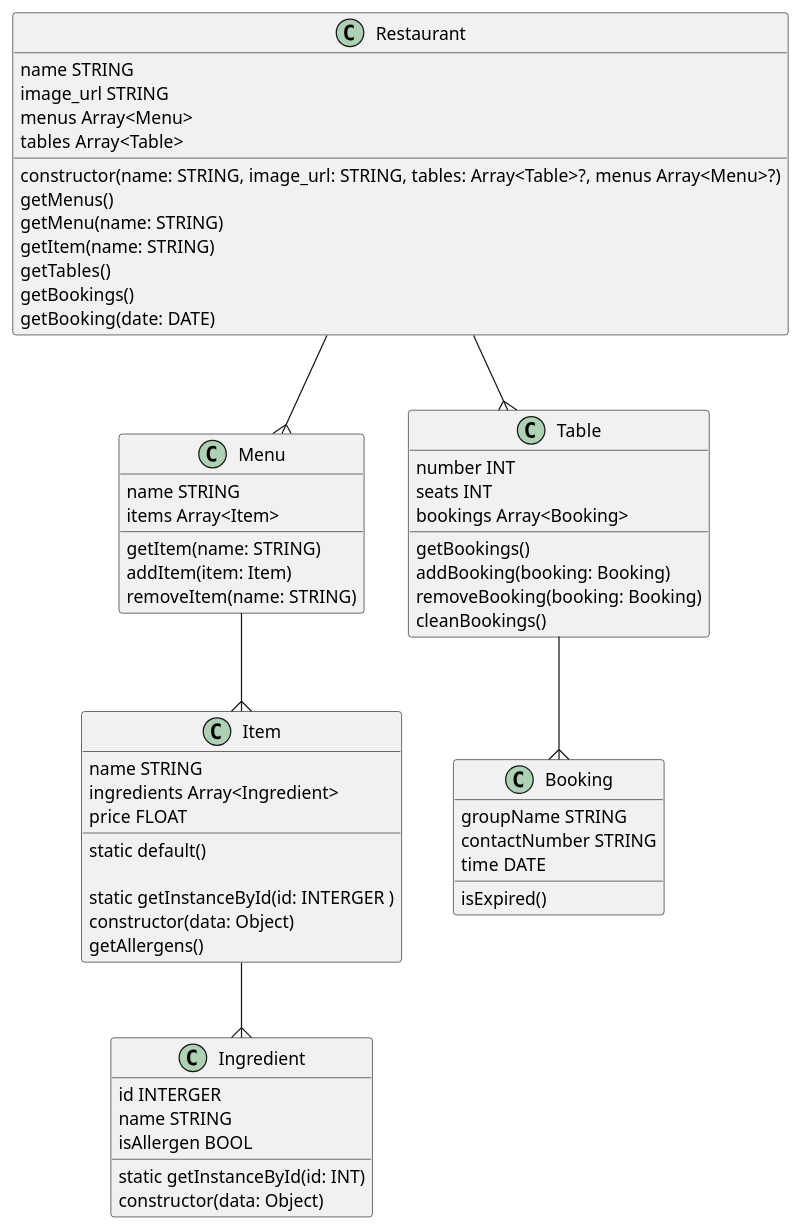
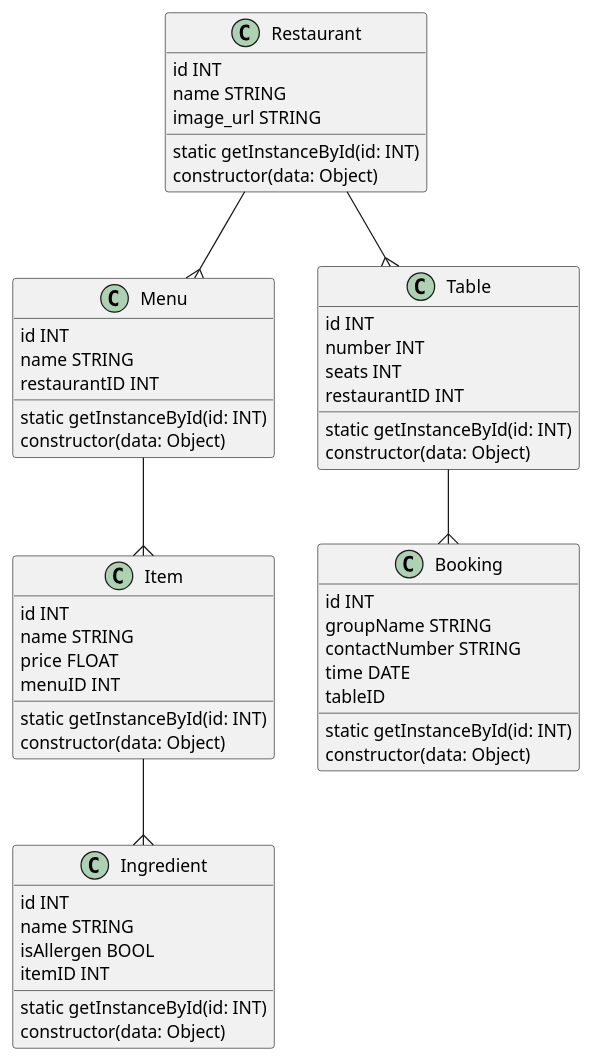
Before and after one commit to michael-bailey/js-restaurant: the diagram in docs/models/restaurant.plantuml, drawn with PlantUML.

Commit message:
updated diagrams to relect changes

```diff
--- a/docs/models/restaurant.plantuml
+++ b/docs/models/restaurant.plantuml
@@ -1,79 +1,74 @@
 @startuml Restaurant
 
 ' notes
 ' note top of Restaurant : This is the main class of the module
 ' note left of Table : This Represents a sing table in the Restaurant 
 
 class Restaurant {
+    id INT
     name STRING
     image_url STRING
-    menus Array<Menu>
-    tables Array<Table>
 
-    constructor(name: STRING, image_url: STRING, tables: Array<Table>?, menus Array<Menu>?)
-    getMenus()
-    getMenu(name: STRING)
-    getItem(name: STRING)
-    getTables()
-    getBookings()
-    getBooking(date: DATE)
+    static getInstanceById(id: INT)
+    constructor(data: Object)
 }
 
 class Menu {
+    id INT
     name STRING
-    items Array<Item>
+    restaurantID INT
 
-    getItem(name: STRING)
-    addItem(item: Item)
-    removeItem(name: STRING)
+    static getInstanceById(id: INT)
+    constructor(data: Object)
 }
 
 class Item {
+    id INT
     name STRING
-    ingredients Array<Ingredient>
     price FLOAT
+    menuID INT
 
-    static default()
-
-    static getInstanceById(id: INTERGER )
+    static getInstanceById(id: INT)
     constructor(data: Object)
-    getAllergens()
 }
 
 class Ingredient {
-    id INTERGER
+    id INT
     name STRING
     isAllergen BOOL
+    itemID INT
 
     static getInstanceById(id: INT)
     constructor(data: Object)
 }
 
 class Table {
+    id INT
     number INT
     seats INT
-    bookings Array<Booking>
+    restaurantID INT
 
-    getBookings()
-    addBooking(booking: Booking)
-    removeBooking(booking: Booking)
-    cleanBookings()
+    static getInstanceById(id: INT)
+    constructor(data: Object)
 }
 
 class Booking {
+    id INT
     groupName STRING
     contactNumber STRING
     time DATE
+    tableID
 
-    isExpired()
+    static getInstanceById(id: INT)
+    constructor(data: Object)
 }
 
 
 
 Restaurant--{Menu
 Menu--{Item
 Item--{Ingredient
 Restaurant--{Table
 Table--{Booking
 
 @enduml
```
